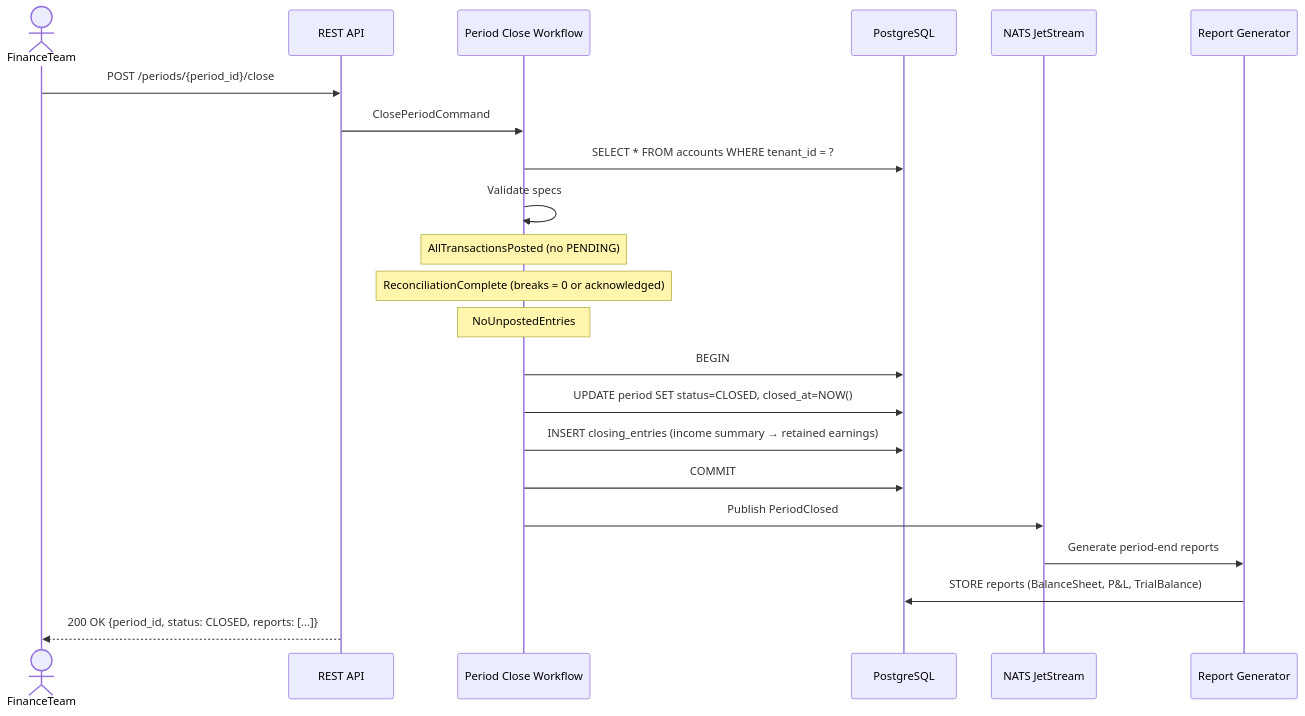
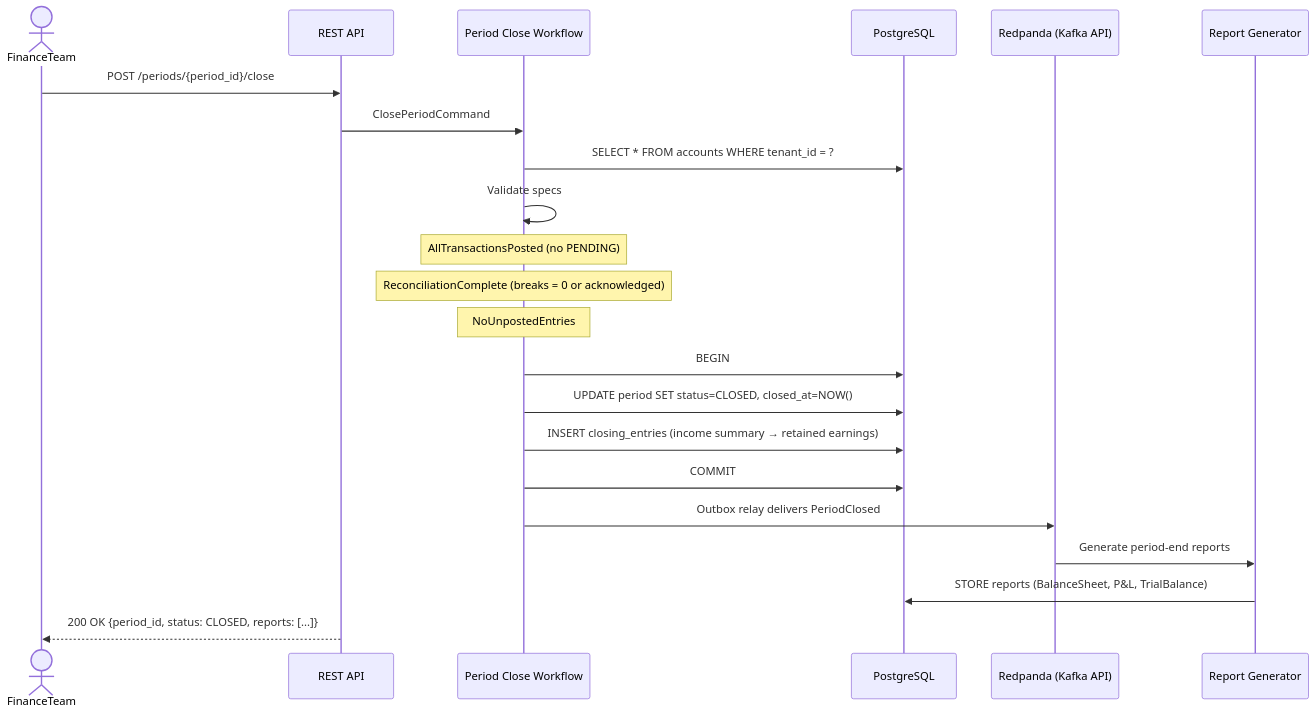
The sixth of 7 diagrams in docs/user-journeys.md (kadekutama/go-template), drawn with Mermaid before and after one commit. The commit also changed other lines of this file and 48 other files, not shown here.

First line of the commit message:
feat(arch): distributed architecture evolution & hybrid migration planning

````diff
--- a/docs/user-journeys.md
+++ b/docs/user-journeys.md
@@ -251,25 +251,25 @@
 ```mermaid
 sequenceDiagram
     actor FinanceTeam
     participant API as REST API
     participant Ledger as Period Close Workflow
     participant PostgreSQL as PostgreSQL
-    participant NATS as NATS JetStream
+    participant Redpanda as Redpanda (Kafka API)
     participant ReportGen as Report Generator
 
     FinanceTeam->>API: POST /periods/{period_id}/close
     API->>Ledger: ClosePeriodCommand
     Ledger->>PostgreSQL: SELECT * FROM accounts WHERE tenant_id = ?
     Ledger->>Ledger: Validate specs
         Note over Ledger: AllTransactionsPosted (no PENDING)
         Note over Ledger: ReconciliationComplete (breaks = 0 or acknowledged)
         Note over Ledger: NoUnpostedEntries
     Ledger->>PostgreSQL: BEGIN
     Ledger->>PostgreSQL: UPDATE period SET status=CLOSED, closed_at=NOW()
     Ledger->>PostgreSQL: INSERT closing_entries (income summary → retained earnings)
     Ledger->>PostgreSQL: COMMIT
-    Ledger->>NATS: Publish PeriodClosed
-    NATS->>ReportGen: Generate period-end reports
+    Ledger->>Redpanda: Outbox relay delivers PeriodClosed
+    Redpanda->>ReportGen: Generate period-end reports
     ReportGen->>PostgreSQL: STORE reports (BalanceSheet, P&L, TrialBalance)
     API-->>FinanceTeam: 200 OK {period_id, status: CLOSED, reports: [...]}
 ```
````
